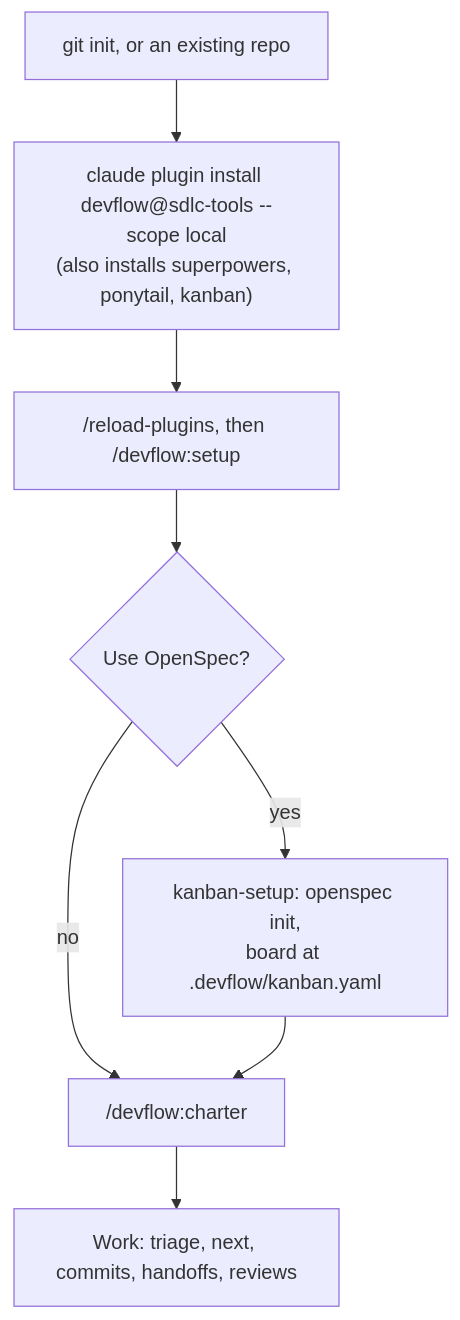
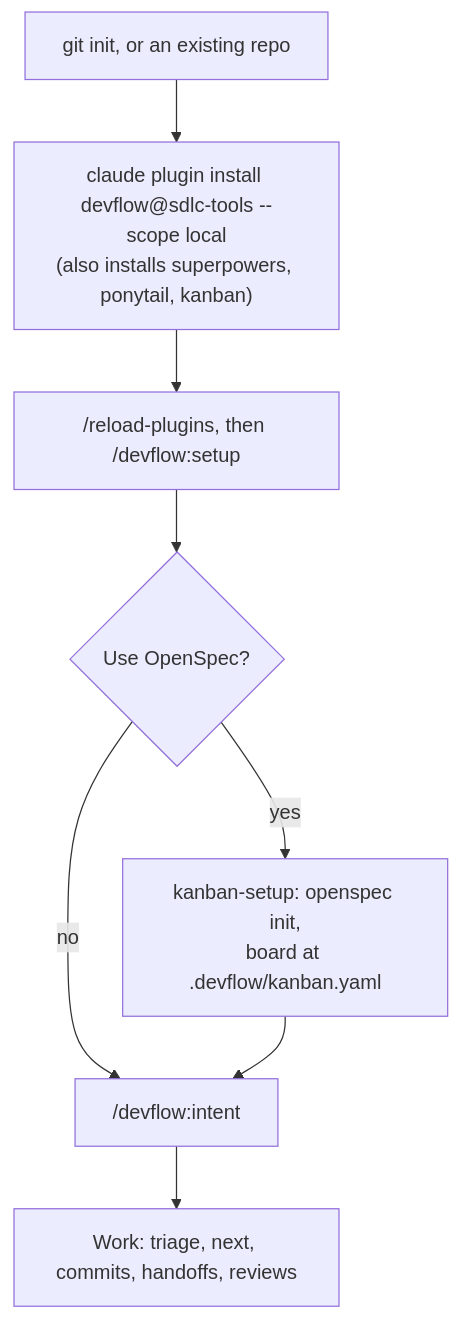
Before and after one commit to sdevikar/sdlc-tools: the third of 3 diagrams in README.md, drawn with Mermaid. The commit also changed other lines of this file and 13 other files, not shown here.

First line of the commit message:
feat(devflow): replace the charter with the playbook's intent.md

````diff
--- a/README.md
+++ b/README.md
@@ -59,10 +59,10 @@
 ```mermaid
 flowchart TD
     A["git init, or an existing repo"] --> B["claude plugin install devflow@sdlc-tools --scope local<br/>(also installs superpowers, ponytail, kanban)"]
     B --> C["/reload-plugins, then /devflow:setup"]
     C --> Q{"Use OpenSpec?"}
     Q -- yes --> K["kanban-setup: openspec init,<br/>board at .devflow/kanban.yaml"]
     Q -- no --> CH
-    K --> CH["/devflow:charter"]
+    K --> CH["/devflow:intent"]
     CH --> W["Work: triage, next, commits, handoffs, reviews"]
 ```
````
